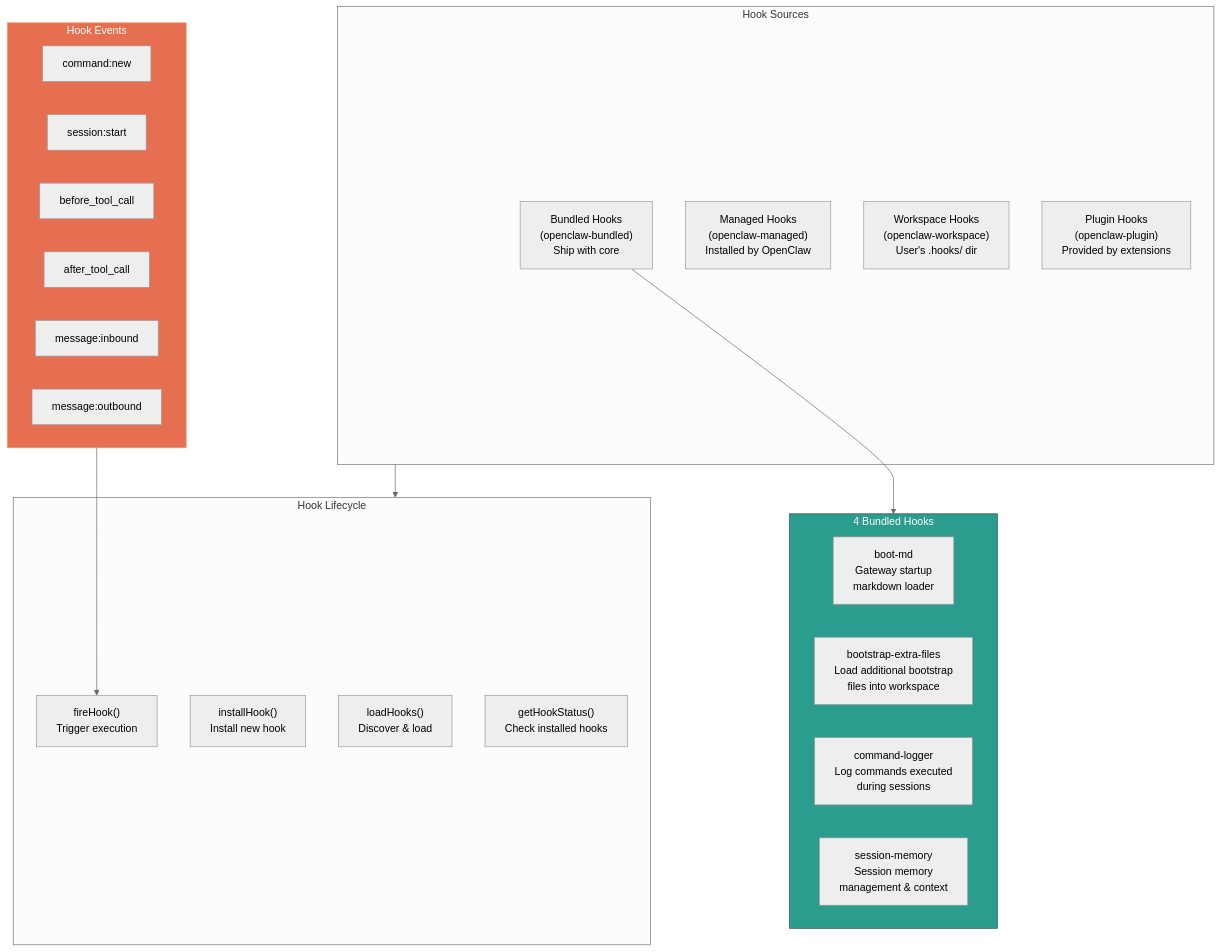
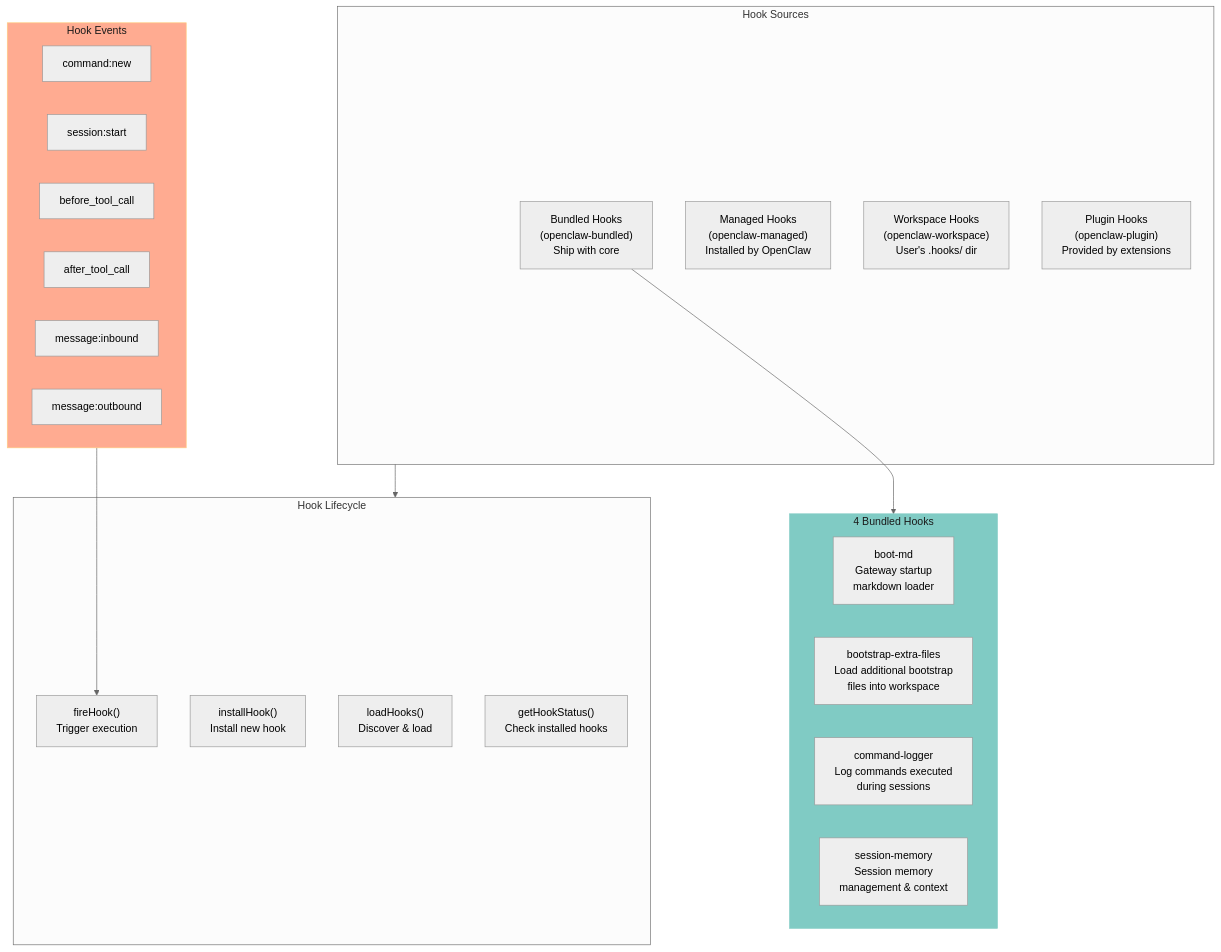
Diagram 27 of 44 in docs/reference/technical-architecture-report.md (lordaouy/openclaw), drawn with Mermaid (neutral theme) before and after one commit. The commit also changed other lines of this file, not shown here.

First line of the commit message:
docs: replace dark Mermaid diagram colors with light readable palette

````diff
--- a/docs/reference/technical-architecture-report.md
+++ b/docs/reference/technical-architecture-report.md
@@ -1565,39 +1565,39 @@
 ```mermaid
 graph TB
     subgraph HookSources["Hook Sources"]
         Bundled["Bundled Hooks\n(openclaw-bundled)\nShip with core"]
         Managed["Managed Hooks\n(openclaw-managed)\nInstalled by OpenClaw"]
         Workspace["Workspace Hooks\n(openclaw-workspace)\nUser's .hooks/ dir"]
         PluginHooks["Plugin Hooks\n(openclaw-plugin)\nProvided by extensions"]
     end
     
     subgraph BundledHooks["4 Bundled Hooks"]
         BootMd["boot-md\nGateway startup\nmarkdown loader"]
         BootstrapFiles["bootstrap-extra-files\nLoad additional bootstrap\nfiles into workspace"]
         CmdLogger["command-logger\nLog commands executed\nduring sessions"]
         SessionMem["session-memory\nSession memory\nmanagement & context"]
     end
     
     subgraph HookLifecycle["Hook Lifecycle"]
         Load["loadHooks()\nDiscover & load"]
         Install["installHook()\nInstall new hook"]
         Fire["fireHook()\nTrigger execution"]
         Status["getHookStatus()\nCheck installed hooks"]
     end
     
     subgraph Events["Hook Events"]
         CmdNew["command:new"]
         SessionStart["session:start"]
         BeforeTool["before_tool_call"]
         AfterTool["after_tool_call"]
         MessageIn["message:inbound"]
         MessageOut["message:outbound"]
     end
     
     Bundled --> BundledHooks
     HookSources --> HookLifecycle
     Events --> Fire
 
-    style BundledHooks fill:#2a9d8f,stroke:#264653,color:white
-    style Events fill:#e76f51,stroke:#f4a261,color:white
+    style BundledHooks fill:#80cbc4,stroke:#80cbc4,color:#1a1a1a
+    style Events fill:#ffab91,stroke:#ffcc80,color:#1a1a1a
 ```
````
